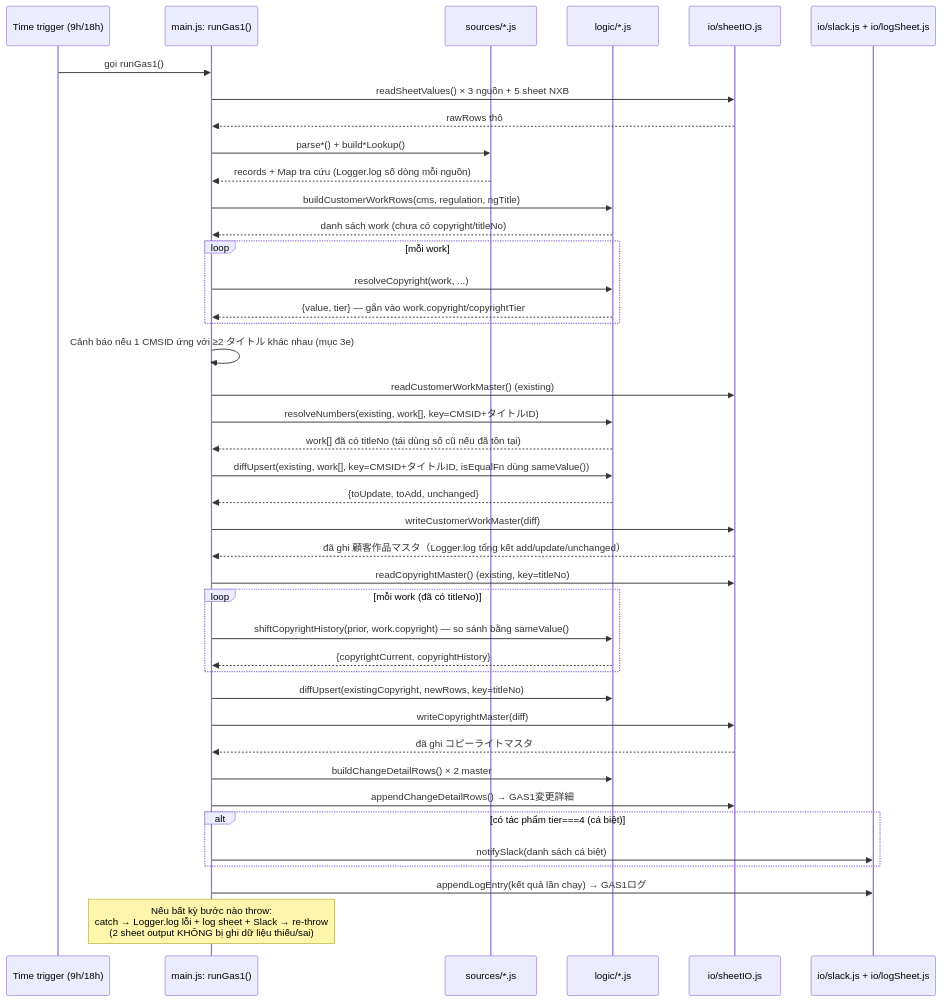
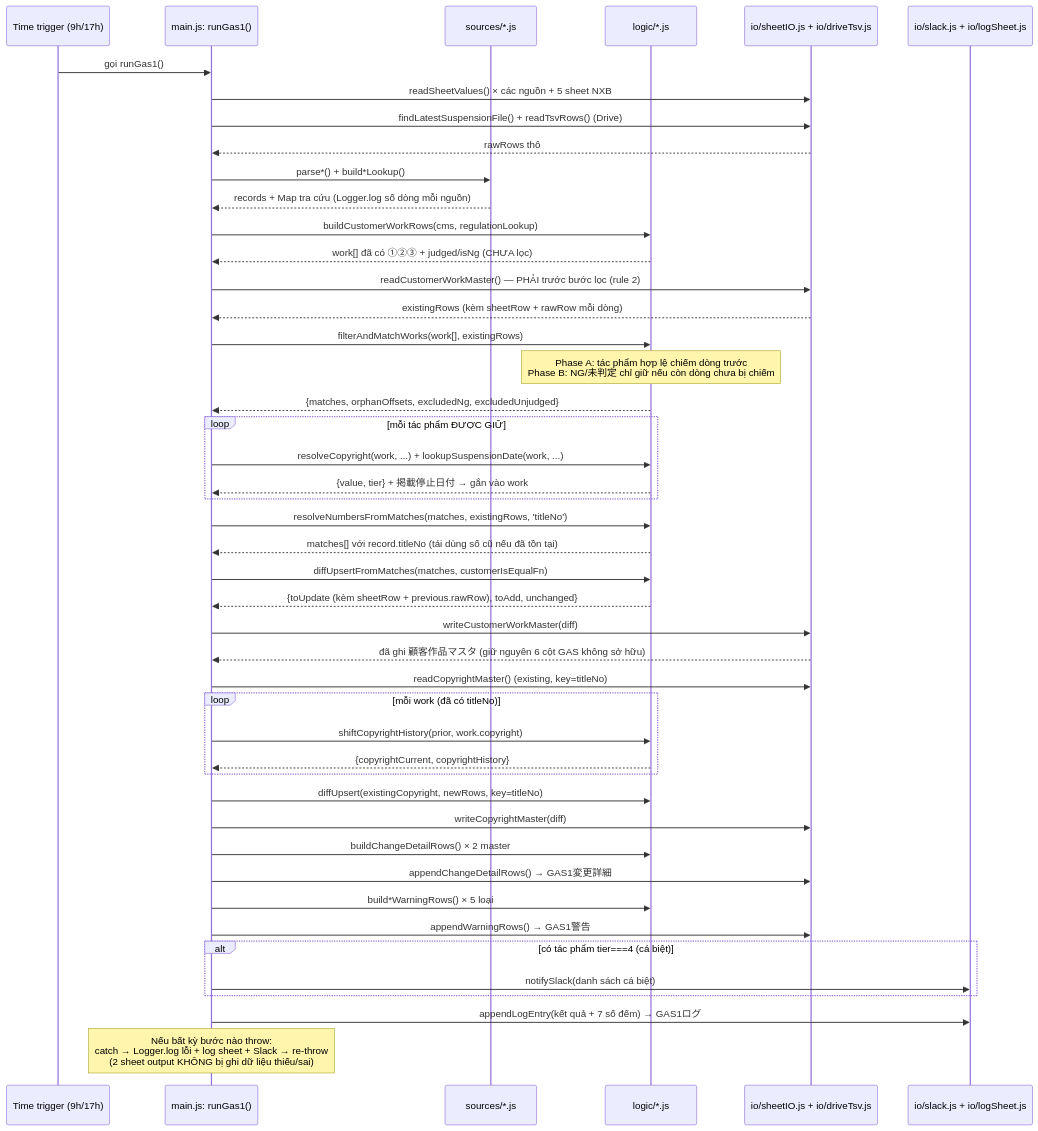
One commit to long-npl/ntt-solmare changed the second of 2 diagrams in docs/gas1-van-hanh.md. Above: the diagram before and after it, drawn with Mermaid. The commit also changed other lines of this file and 25 other files, not shown here.

First line of the commit message:
Filter the customer master by regulation verdict and re-key it with a 3-tier cascade

````diff
--- a/docs/gas1-van-hanh.md
+++ b/docs/gas1-van-hanh.md
@@ -75,53 +89,59 @@
 ```mermaid
 sequenceDiagram
-    participant Trigger as Time trigger (9h/18h)
+    participant Trigger as Time trigger (9h/17h)
     participant Main as main.js: runGas1()
     participant Sources as sources/*.js
     participant Logic as logic/*.js
-    participant IO as io/sheetIO.js
+    participant IO as io/sheetIO.js + io/driveTsv.js
     participant Slack as io/slack.js + io/logSheet.js
 
     Trigger->>Main: gọi runGas1()
-    Main->>IO: readSheetValues() × 3 nguồn + 5 sheet NXB
+    Main->>IO: readSheetValues() × các nguồn + 5 sheet NXB
+    Main->>IO: findLatestSuspensionFile() + readTsvRows() (Drive)
     IO-->>Main: rawRows thô
     Main->>Sources: parse*() + build*Lookup()
     Sources-->>Main: records + Map tra cứu (Logger.log số dòng mỗi nguồn)
 
-    Main->>Logic: buildCustomerWorkRows(cms, regulation, ngTitle)
-    Logic-->>Main: danh sách work (chưa có copyright/titleNo)
+    Main->>Logic: buildCustomerWorkRows(cms, regulationLookup)
+    Logic-->>Main: work[] đã có ①②③ + judged/isNg (CHƯA lọc)
 
-    loop mỗi work
-        Main->>Logic: resolveCopyright(work, ...)
-        Logic-->>Main: {value, tier} — gắn vào work.copyright/copyrightTier
+    Main->>IO: readCustomerWorkMaster() — PHẢI trước bước lọc (rule 2)
+    IO-->>Main: existingRows (kèm sheetRow + rawRow mỗi dòng)
+
+    Main->>Logic: filterAndMatchWorks(work[], existingRows)
+    Note over Logic: Phase A: tác phẩm hợp lệ chiếm dòng trước<br/>Phase B: NG/未判定 chỉ giữ nếu còn dòng chưa bị chiếm
+    Logic-->>Main: {matches, orphanOffsets, excludedNg, excludedUnjudged}
+
+    loop mỗi tác phẩm ĐƯỢC GIỮ
+        Main->>Logic: resolveCopyright(work, ...) + lookupSuspensionDate(work, ...)
+        Logic-->>Main: {value, tier} + 掲載停止日付 → gắn vào work
     end
 
-    Main->>Main: Cảnh báo nếu 1 CMSID ứng với ≥2 タイトル khác nhau (mục 3e)
+    Main->>Logic: resolveNumbersFromMatches(matches, existingRows, 'titleNo')
+    Logic-->>Main: matches[] với record.titleNo (tái dùng số cũ nếu đã tồn tại)
 
-    Main->>IO: readCustomerWorkMaster() (existing)
-    Main->>Logic: resolveNumbers(existing, work[], key=CMSID+タイトルID)
-    Logic-->>Main: work[] đã có titleNo (tái dùng số cũ nếu đã tồn tại)
-
-    Main->>Logic: diffUpsert(existing, work[], key=CMSID+タイトルID, isEqualFn dùng sameValue())
-    Logic-->>Main: {toUpdate, toAdd, unchanged}
+    Main->>Logic: diffUpsertFromMatches(matches, customerIsEqualFn)
+    Logic-->>Main: {toUpdate (kèm sheetRow + previous.rawRow), toAdd, unchanged}
     Main->>IO: writeCustomerWorkMaster(diff)
-    IO-->>Main: đã ghi 顧客作品マスタ（Logger.log tổng kết add/update/unchanged）
+    IO-->>Main: đã ghi 顧客作品マスタ (giữ nguyên 6 cột GAS không sở hữu)
 
     Main->>IO: readCopyrightMaster() (existing, key=titleNo)
     loop mỗi work (đã có titleNo)
-        Main->>Logic: shiftCopyrightHistory(prior, work.copyright) — so sánh bằng sameValue()
+        Main->>Logic: shiftCopyrightHistory(prior, work.copyright)
         Logic-->>Main: {copyrightCurrent, copyrightHistory}
     end
     Main->>Logic: diffUpsert(existingCopyright, newRows, key=titleNo)
     Main->>IO: writeCopyrightMaster(diff)
-    IO-->>Main: đã ghi コピーライトマスタ
 
     Main->>Logic: buildChangeDetailRows() × 2 master
     Main->>IO: appendChangeDetailRows() → GAS1変更詳細
+    Main->>Logic: build*WarningRows() × 5 loại
+    Main->>IO: appendWarningRows() → GAS1警告
 
     alt có tác phẩm tier===4 (cá biệt)
         Main->>Slack: notifySlack(danh sách cá biệt)
     end
-    Main->>Slack: appendLogEntry(kết quả lần chạy) → GAS1ログ
+    Main->>Slack: appendLogEntry(kết quả + 7 số đếm) → GAS1ログ
 
     Note over Main: Nếu bất kỳ bước nào throw:<br/>catch → Logger.log lỗi + log sheet + Slack → re-throw<br/>(2 sheet output KHÔNG bị ghi dữ liệu thiếu/sai)
 ```
````
